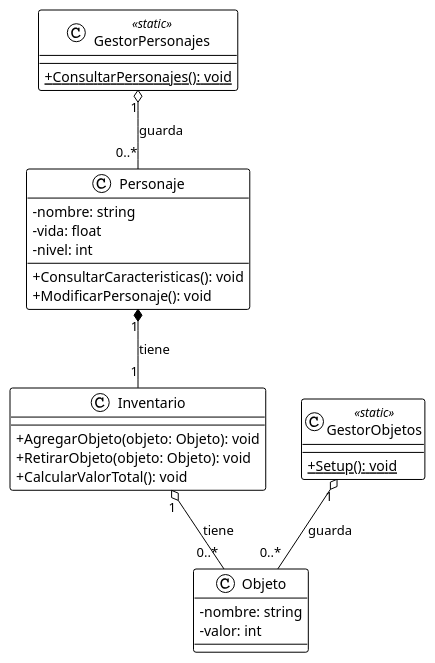
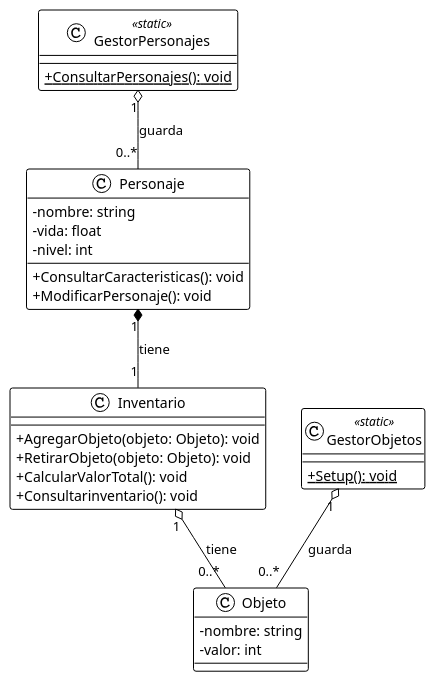
One commit to JoseVahosUPB/EjercicioGestorPersonajesRepo changed the diagram in Diagrams/Diagrama de clases.puml. Above: the diagram before and after it, drawn with PlantUML. The commit also changed 3 other files, not shown here.

```diff
--- a/Diagrams/Diagrama de clases.puml
+++ b/Diagrams/Diagrama de clases.puml
@@ -1,35 +1,36 @@
 @startuml
 skinparam classAttributeIconSize 0
 !theme plain
 
 class GestorPersonajes <<static>>{
     {static} +ConsultarPersonajes(): void
 }
 class GestorObjetos <<static>>{
     {static} +Setup(): void
 }
 class Personaje{
     -nombre: string
     -vida: float
     -nivel: int
     +ConsultarCaracteristicas(): void
     +ModificarPersonaje(): void
 }
 class Inventario{
     +AgregarObjeto(objeto: Objeto): void
     +RetirarObjeto(objeto: Objeto): void
     +CalcularValorTotal(): void
+    +Consultarinventario(): void
 }
 class Objeto{
     -nombre: string
     -valor: int
 }
 
 GestorPersonajes "1" o-- "0..*" Personaje: guarda
 GestorObjetos "1" o-- "0..*" Objeto: guarda
 
 Personaje "1" *-- "1" Inventario: tiene
 
 Inventario "1" o-- "0..*" Objeto: tiene
 
 @enduml
```
